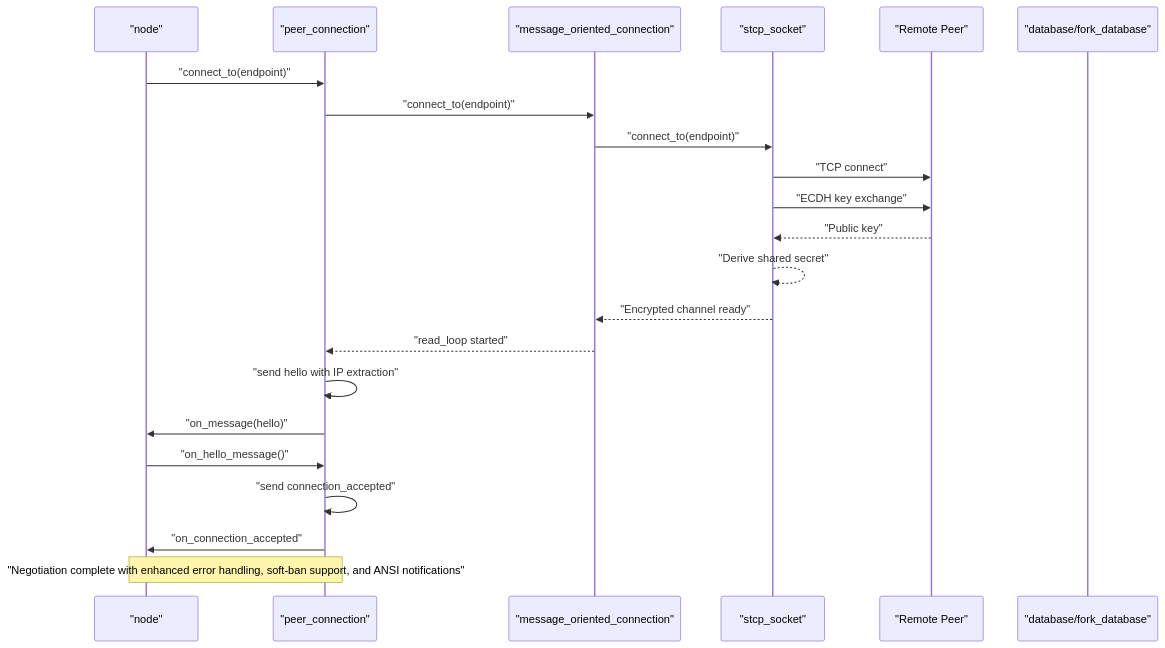
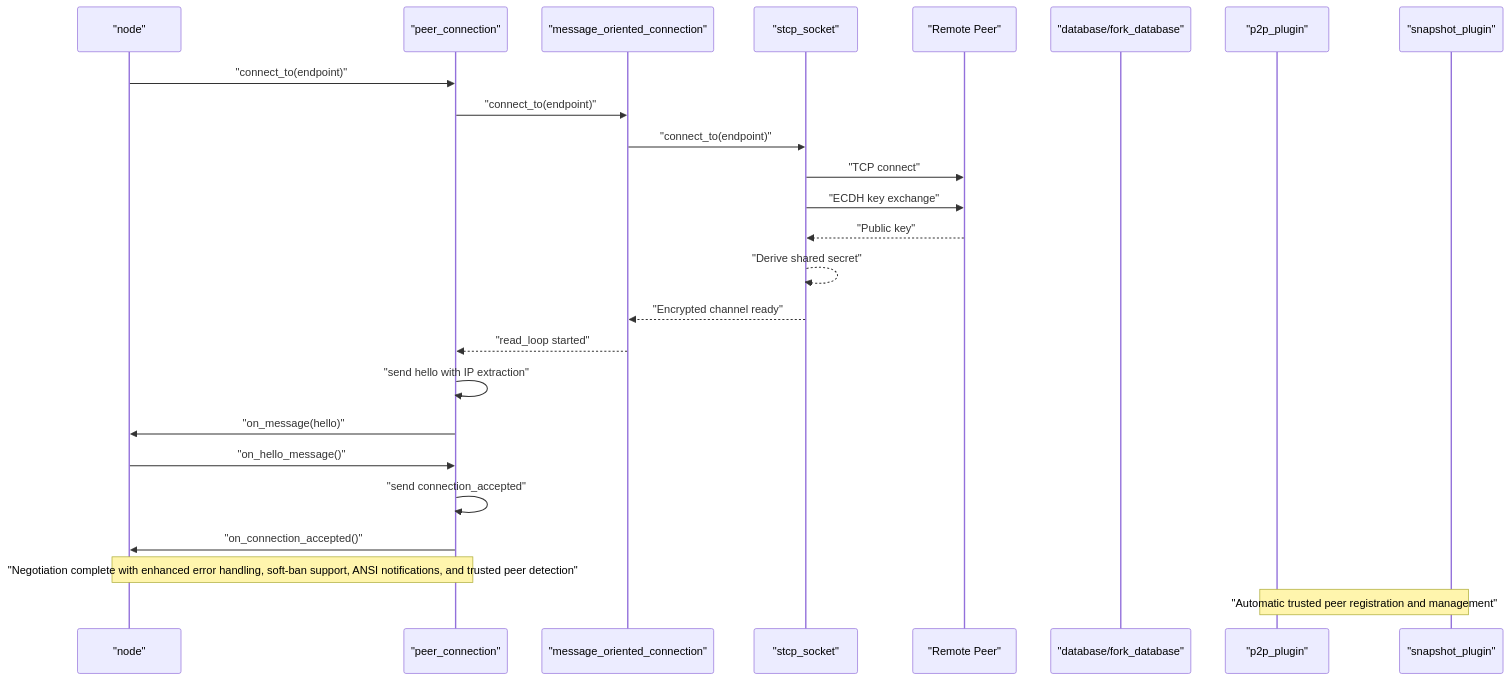
The second of 12 diagrams in .qoder/repowiki/en/content/Architecture Overview/Core Libraries/Network Library/Peer Connection Management.md (VIZ-Blockchain/viz-cpp-node), drawn with Mermaid before and after one commit. The commit also changed other lines of this file and 5 other files, not shown here.

````diff
--- a/.qoder/repowiki/en/content/Architecture Overview/Core Libraries/Network Library/Peer Connection Management.md
+++ b/.qoder/repowiki/en/content/Architecture Overview/Core Libraries/Network Library/Peer Connection Management.md
@@ -160,24 +192,27 @@
 ```mermaid
 sequenceDiagram
 participant Node as "node"
 participant Peer as "peer_connection"
 participant MOC as "message_oriented_connection"
 participant STCP as "stcp_socket"
 participant Remote as "Remote Peer"
 participant Chain as "database/fork_database"
+participant P2P as "p2p_plugin"
+participant Snap as "snapshot_plugin"
 Node->>Peer : "connect_to(endpoint)"
 Peer->>MOC : "connect_to(endpoint)"
 MOC->>STCP : "connect_to(endpoint)"
 STCP->>Remote : "TCP connect"
 STCP->>Remote : "ECDH key exchange"
 Remote-->>STCP : "Public key"
 STCP-->>STCP : "Derive shared secret"
 STCP-->>MOC : "Encrypted channel ready"
 MOC-->>Peer : "read_loop started"
 Peer->>Peer : "send hello with IP extraction"
 Peer->>Node : "on_message(hello)"
 Node->>Peer : "on_hello_message()"
 Peer->>Peer : "send connection_accepted"
-Peer->>Node : "on_connection_accepted"
-Note over Peer,Node : "Negotiation complete with enhanced error handling, soft-ban support, and ANSI notifications"
+Peer->>Node : "on_connection_accepted()"
+Note over Node,Peer : "Negotiation complete with enhanced error handling, soft-ban support, ANSI notifications, and trusted peer detection"
+Note over P2P,Snap : "Automatic trusted peer registration and management"
 ```
````
